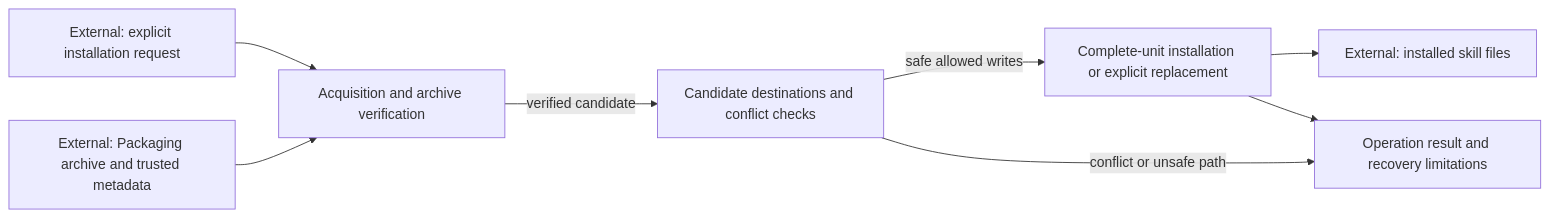
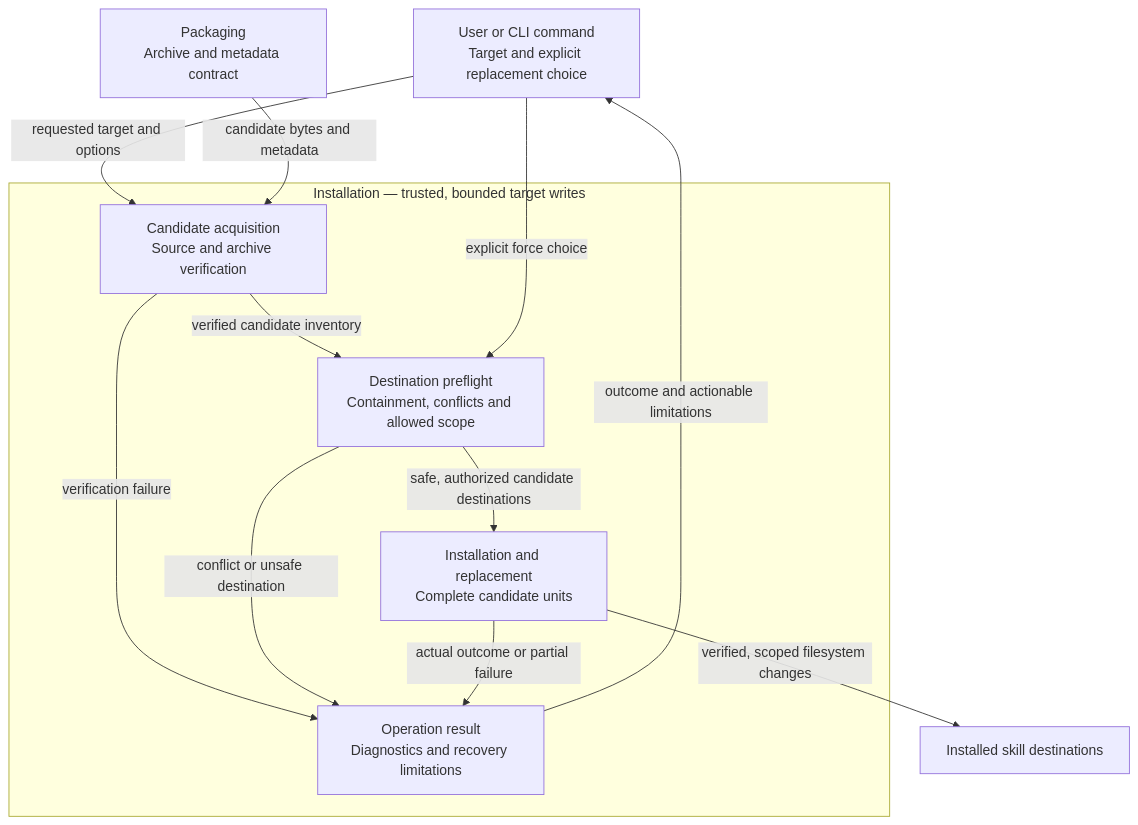
The diagram in docs/design/cli/installation.md (xiongxianfei/rigorloop), drawn with Mermaid before and after one commit. The commit also changed other lines of this file and 14 other files, not shown here.

Commit message:
design: clarify ownership in every architecture overview

````diff
--- a/docs/design/cli/installation.md
+++ b/docs/design/cli/installation.md
@@ -19,17 +19,21 @@
 ```mermaid
-flowchart LR
-    Request["External: explicit installation request"]
-    Package["External: Packaging archive and trusted metadata"]
-    Verify["Acquisition and archive verification"]
-    Destinations["Candidate destinations and conflict checks"]
-    Install["Complete-unit installation or explicit replacement"]
-    Files["External: installed skill files"]
-    Result["Operation result and recovery limitations"]
-    Request --> Verify
-    Package --> Verify
-    Verify -->|"verified candidate"| Destinations
-    Destinations -->|"safe allowed writes"| Install
-    Destinations -->|"conflict or unsafe path"| Result
-    Install --> Files
-    Install --> Result
+flowchart TB
+    Request["User or CLI command<br/>Target and explicit replacement choice"]
+    Package["Packaging<br/>Archive and metadata contract"]
+    subgraph Installation["Installation — trusted, bounded target writes"]
+        Acquire["Candidate acquisition<br/>Source and archive verification"]
+        Destinations["Destination preflight<br/>Containment, conflicts and allowed scope"]
+        Writes["Installation and replacement<br/>Complete candidate units"]
+        Result["Operation result<br/>Diagnostics and recovery limitations"]
+        Acquire -->|"verified candidate inventory"| Destinations
+        Destinations -->|"safe, authorized candidate destinations"| Writes
+        Acquire -->|"verification failure"| Result
+        Destinations -->|"conflict or unsafe destination"| Result
+        Writes -->|"actual outcome or partial failure"| Result
+    end
+    Request -->|"requested target and options"| Acquire
+    Request -->|"explicit force choice"| Destinations
+    Package -->|"candidate bytes and metadata"| Acquire
+    Writes -->|"verified, scoped filesystem changes"| Files["Installed skill destinations"]
+    Result -->|"outcome and actionable limitations"| Request
 ```
````
